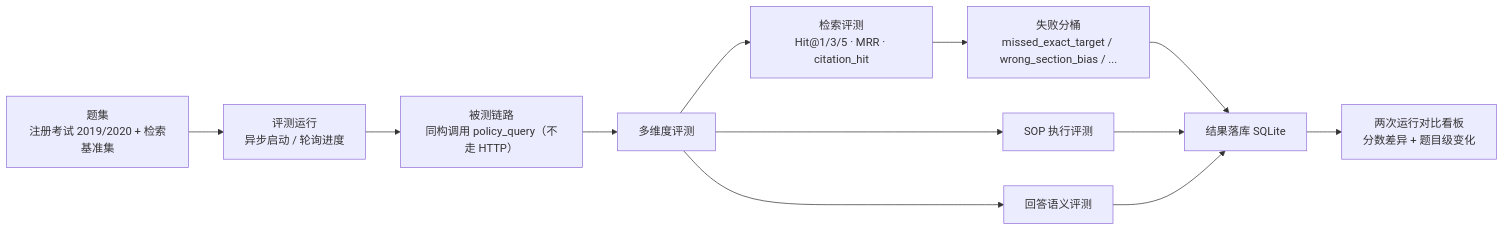
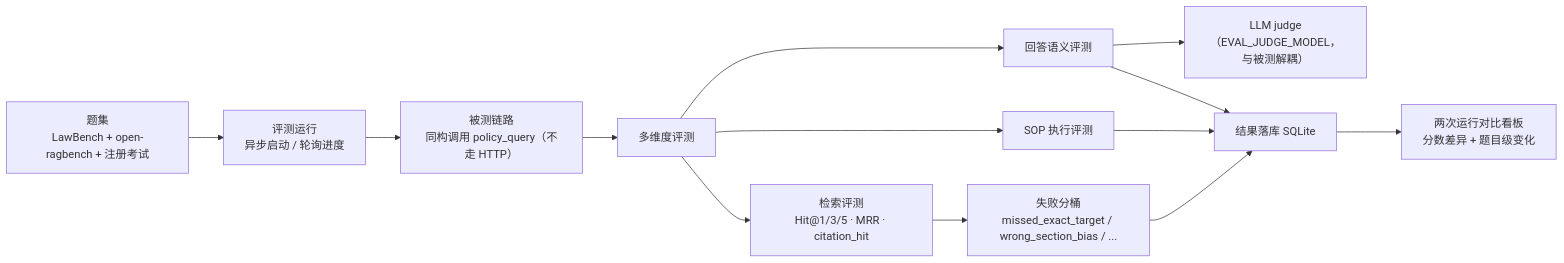
Before and after one commit to 0mao0/AnGIneer: the seventh of 8 diagrams in docs/tech-report.md, drawn with Mermaid. The commit also changed other lines of this file and 3 other files, not shown here.

Commit message:
feat:评测判分与被测模型解耦-EVAL_JUDGE_MODEL独立judge-文档同步

````diff
--- a/docs/tech-report.md
+++ b/docs/tech-report.md
@@ -178,12 +178,13 @@
 ```mermaid
 flowchart LR
-    DS["题集<br/>注册考试 2019/2020 + 检索基准集"] --> RUN["评测运行<br/>异步启动 / 轮询进度"]
+    DS["题集<br/>LawBench + open-ragbench + 注册考试"] --> RUN["评测运行<br/>异步启动 / 轮询进度"]
     RUN --> PIPE["被测链路<br/>同构调用 policy_query（不走 HTTP）"]
     PIPE --> MET["多维度评测"]
     MET --> RET["检索评测<br/>Hit@1/3/5 · MRR · citation_hit"]
     MET --> SOPE["SOP 执行评测"]
     MET --> ANS["回答语义评测"]
+    ANS --> JUDGE["LLM judge（EVAL_JUDGE_MODEL，与被测解耦）"]
     RET --> BUCKET["失败分桶<br/>missed_exact_target / wrong_section_bias / ..."]
     BUCKET & SOPE & ANS --> STORE["结果落库 SQLite"]
     STORE --> CMP["两次运行对比看板<br/>分数差异 + 题目级变化"]
 ```
````
